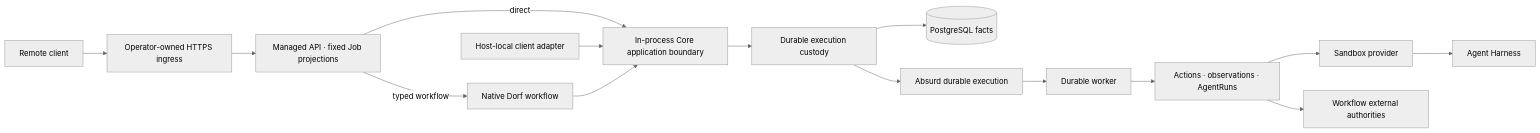
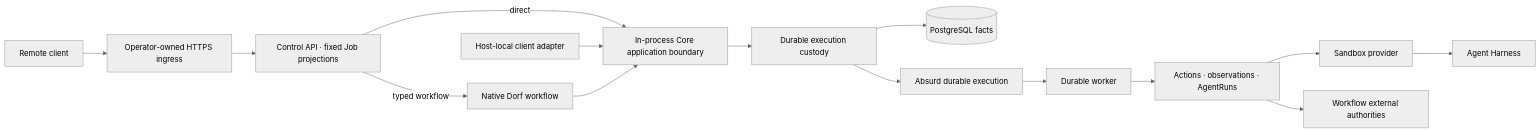
Before and after one commit to aphronio/dorf: the diagram in docs/project/architecture.md, drawn with Mermaid (neutral theme). The commit also changed other lines of this file and 111 other files, not shown here.

````diff
--- a/docs/project/architecture.md
+++ b/docs/project/architecture.md
@@ -11,17 +11,17 @@
 ```mermaid
 flowchart LR
     Remote["Remote client"] --> Ingress["Operator-owned HTTPS ingress"]
-    Ingress --> API["Managed API · fixed Job projections"]
+    Ingress --> API["Control API · fixed Job projections"]
     API -->|direct| Core["In-process Core application boundary"]
     Client["Host-local client adapter"] --> Core
     Workflow["Native Dorf workflow"] --> Core
     API -->|typed workflow| Workflow
     Core --> Custody["Durable execution custody"]
     Custody --> PG[("PostgreSQL facts")]
     Custody --> Absurd["Absurd durable execution"]
     Absurd --> Worker["Durable worker"]
     Worker --> Edge["Actions · observations · AgentRuns"]
     Edge --> Sandbox["Sandbox provider"]
     Edge --> External["Workflow external authorities"]
     Sandbox --> Harness["Agent Harness"]
 ```
````
